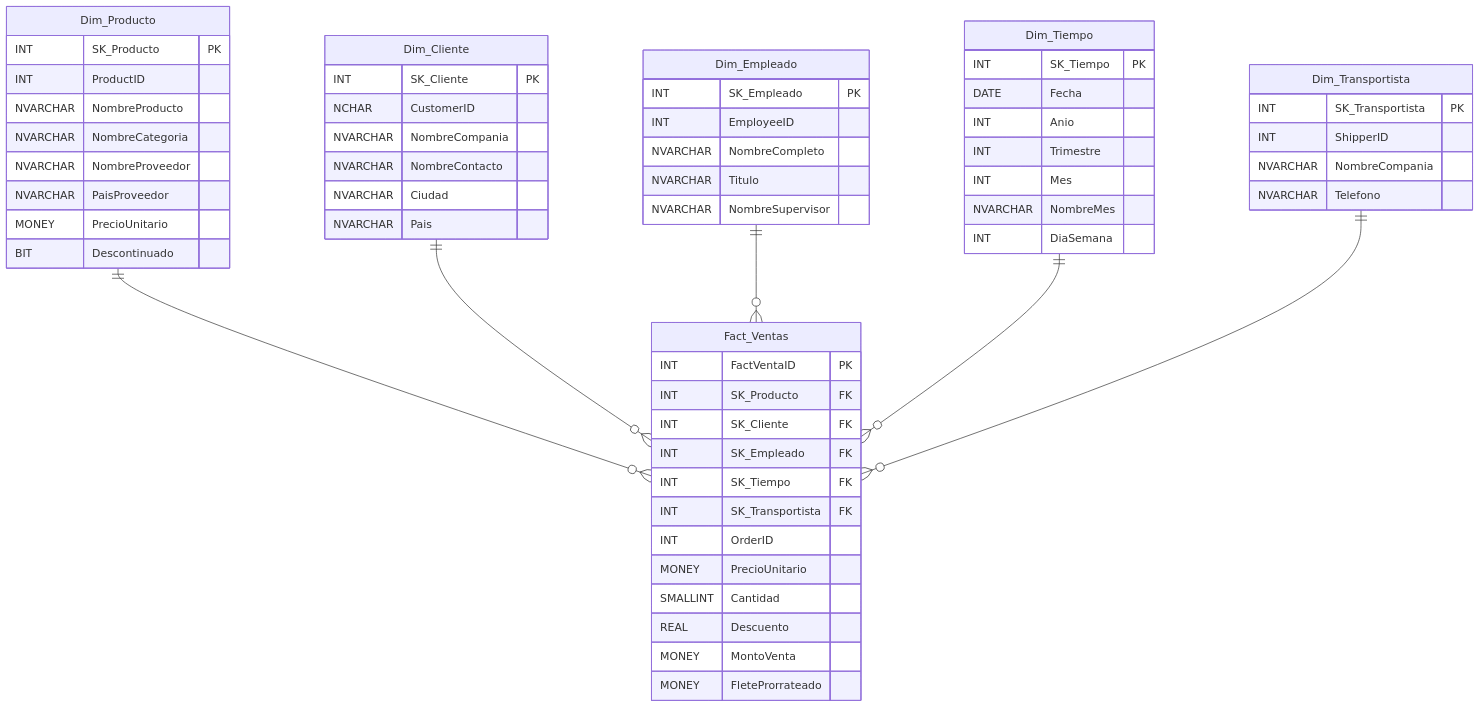
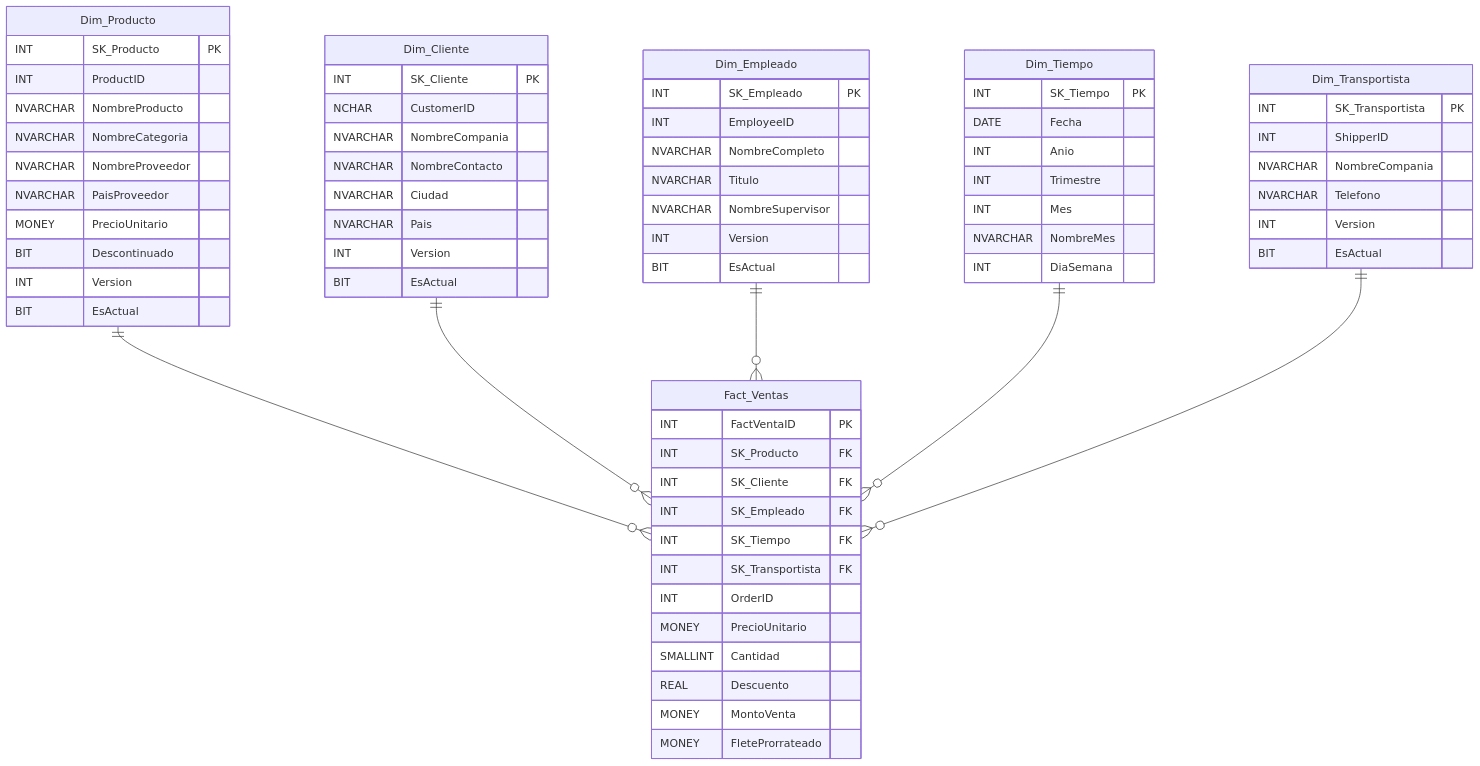
One commit to halflores/NorthwindDW changed the second of 2 diagrams in README.md. Above: the diagram before and after it, drawn with Mermaid. The commit also changed other lines of this file and 14 other files, not shown here.

````diff
--- a/README.md
+++ b/README.md
@@ -100,68 +100,76 @@
 ```mermaid
 erDiagram
     Fact_Ventas {
         INT FactVentaID PK
         INT SK_Producto FK
         INT SK_Cliente FK
         INT SK_Empleado FK
         INT SK_Tiempo FK
         INT SK_Transportista FK
         INT OrderID
         MONEY PrecioUnitario
         SMALLINT Cantidad
         REAL Descuento
         MONEY MontoVenta
         MONEY FleteProrrateado
     }
 
     Dim_Producto {
         INT SK_Producto PK
         INT ProductID
         NVARCHAR NombreProducto
         NVARCHAR NombreCategoria
         NVARCHAR NombreProveedor
         NVARCHAR PaisProveedor
         MONEY PrecioUnitario
         BIT Descontinuado
+        INT Version
+        BIT EsActual
     }
 
     Dim_Cliente {
         INT SK_Cliente PK
         NCHAR CustomerID
         NVARCHAR NombreCompania
         NVARCHAR NombreContacto
         NVARCHAR Ciudad
         NVARCHAR Pais
+        INT Version
+        BIT EsActual
     }
 
     Dim_Empleado {
         INT SK_Empleado PK
         INT EmployeeID
         NVARCHAR NombreCompleto
         NVARCHAR Titulo
         NVARCHAR NombreSupervisor
+        INT Version
+        BIT EsActual
     }
 
     Dim_Tiempo {
         INT SK_Tiempo PK
         DATE Fecha
         INT Anio
         INT Trimestre
         INT Mes
         NVARCHAR NombreMes
         INT DiaSemana
     }
 
     Dim_Transportista {
         INT SK_Transportista PK
         INT ShipperID
         NVARCHAR NombreCompania
         NVARCHAR Telefono
+        INT Version
+        BIT EsActual
     }
 
     Dim_Producto ||--o{ Fact_Ventas : ""
     Dim_Cliente ||--o{ Fact_Ventas : ""
     Dim_Empleado ||--o{ Fact_Ventas : ""
     Dim_Tiempo ||--o{ Fact_Ventas : ""
     Dim_Transportista ||--o{ Fact_Ventas : ""
 ```
````
